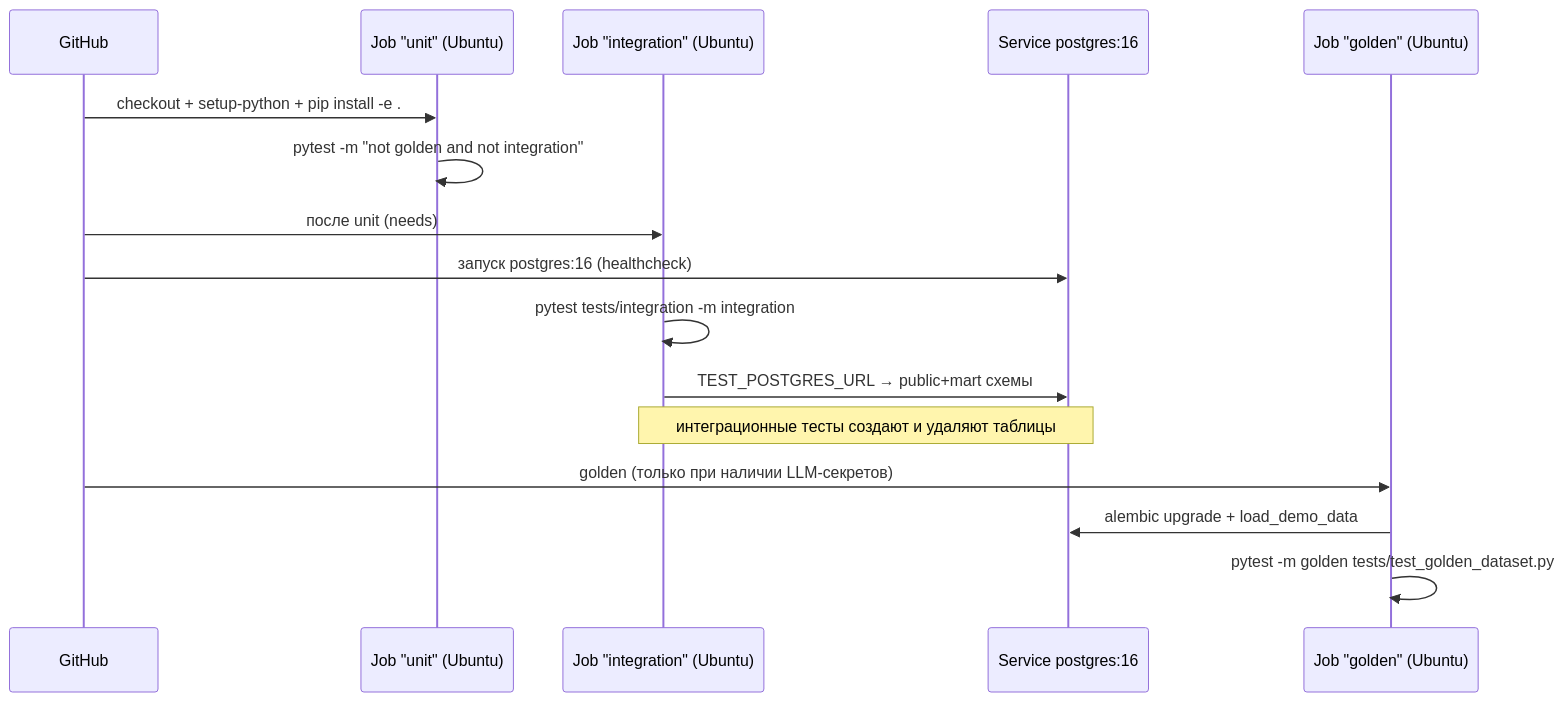
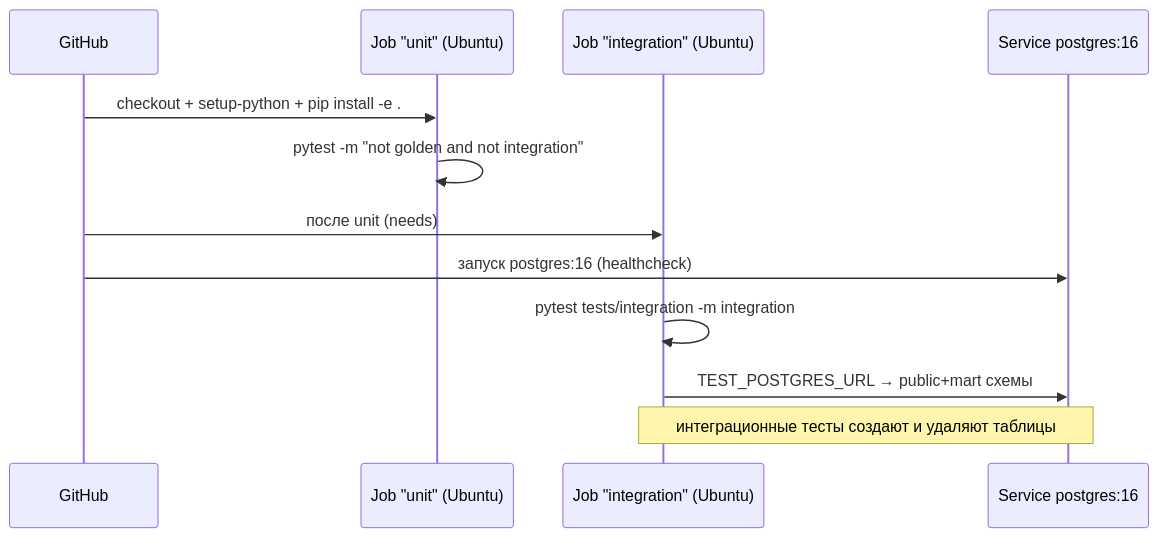
One commit to kostIT13/EVRAZ_ExcelAgent changed the second of 2 diagrams in diagrams/ci_cd.md. Above: the diagram before and after it, drawn with Mermaid. The commit also changed other lines of this file and 6 other files, not shown here.

Commit message:
delete ci golden dataset

````diff
--- a/diagrams/ci_cd.md
+++ b/diagrams/ci_cd.md
@@ -32,19 +18,15 @@
 ```mermaid
 sequenceDiagram
     participant GH as GitHub
     participant UJ as Job "unit" (Ubuntu)
     participant IJ as Job "integration" (Ubuntu)
     participant PG as Service postgres:16
-    participant GJ as Job "golden" (Ubuntu)
 
     GH->>UJ: checkout + setup-python + pip install -e .
     UJ->>UJ: pytest -m "not golden and not integration"
     GH->>IJ: после unit (needs)
     GH->>PG: запуск postgres:16 (healthcheck)
     IJ->>IJ: pytest tests/integration -m integration
     IJ->>PG: TEST_POSTGRES_URL → public+mart схемы
     Note over IJ,PG: интеграционные тесты создают и удаляют таблицы
-    GH->>GJ: golden (только при наличии LLM-секретов)
-    GJ->>PG: alembic upgrade + load_demo_data
-    GJ->>GJ: pytest -m golden tests/test_golden_dataset.py
 ```
````
